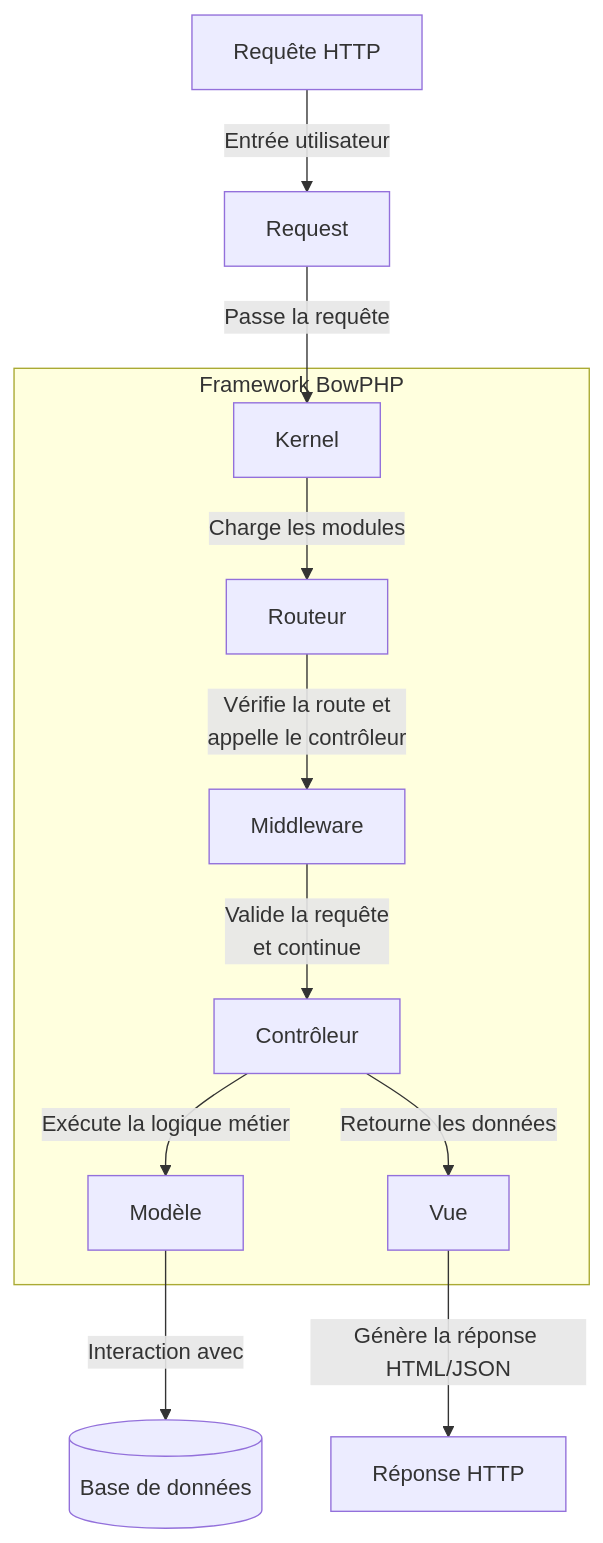
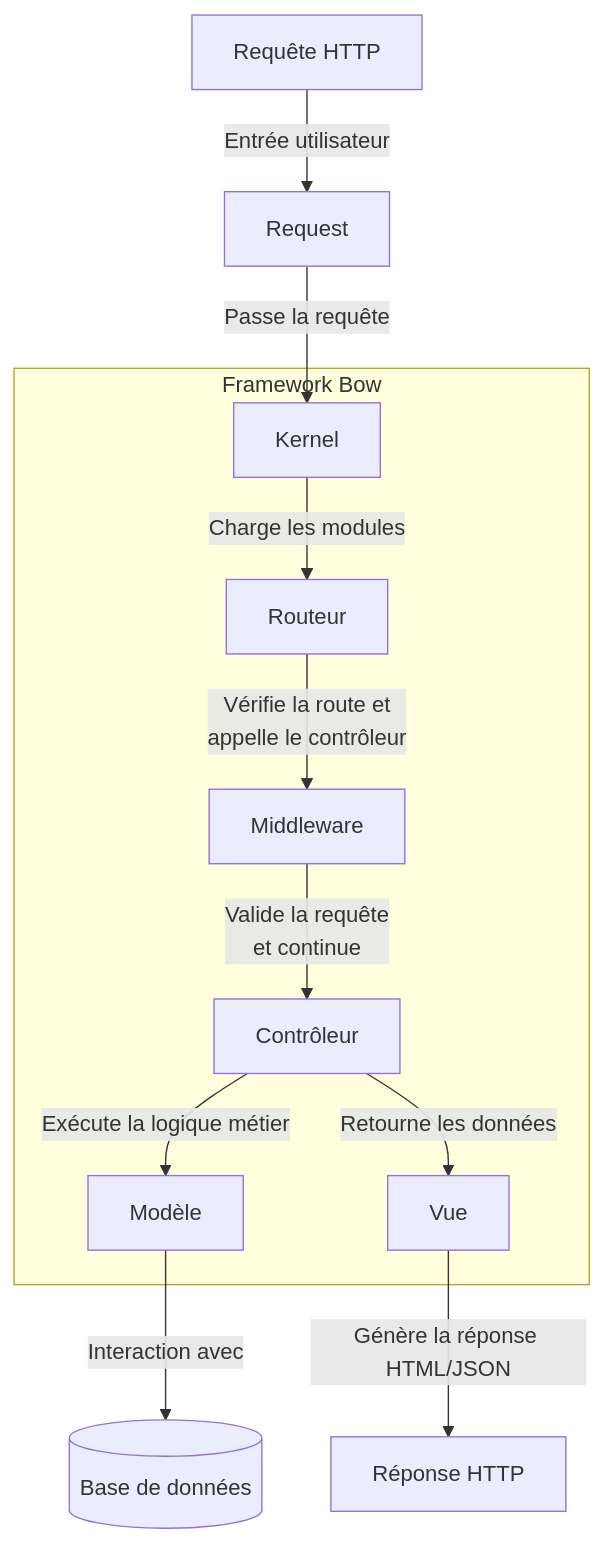
Before and after one commit to bowphp/docs: the diagram in versioned_docs/version-5.x/concept.mdx, drawn with Mermaid. The commit also changed other lines of this file and 74 other files, not shown here.

````diff
--- a/versioned_docs/version-5.x/concept.mdx
+++ b/versioned_docs/version-5.x/concept.mdx
@@ -105,21 +109,21 @@
 ```mermaid
 graph TB
     A[Requête HTTP] -->|Entrée utilisateur| B[Request]
     B -->|Passe la requête| C[Kernel]
     C -->|Charge les modules| D[Routeur]
     D -->|Vérifie la route et<br>appelle le contrôleur| E[Middleware]
     E -->|Valide la requête<br>et continue| F[Contrôleur]
     F -->|Exécute la logique métier| G[Modèle]
     G -->|Interaction avec| H[(Base de données)]
     F -->|Retourne les données| I[Vue]
     I -->|Génère la réponse HTML/JSON| J[Réponse HTTP]
 
-    subgraph Framework BowPHP
+    subgraph Framework Bow
         C
         D
         E
         F
         G
         I
     end
 ```
````
